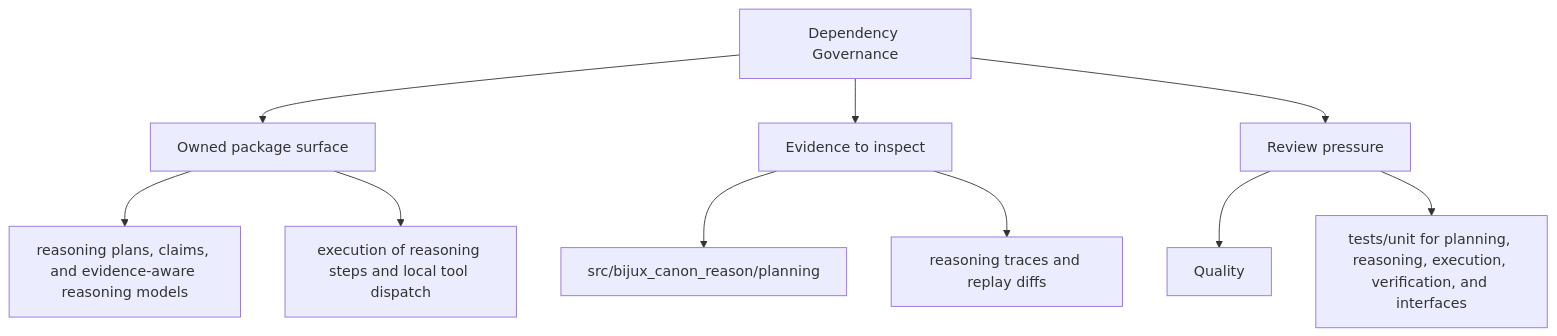
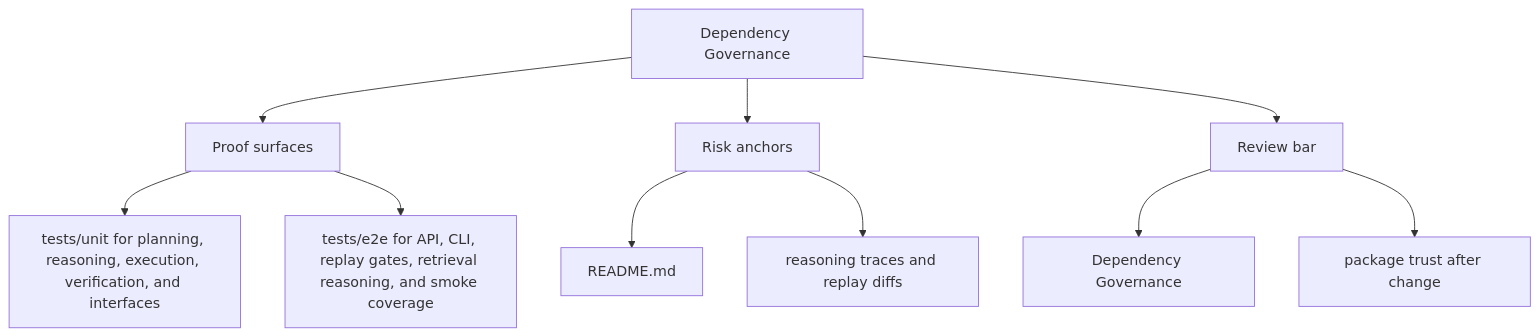
One commit to bijux/bijux-canon changed the second of 2 diagrams in docs/bijux-canon-reason/quality/dependency-governance.md. Above: the diagram before and after it, drawn with Mermaid. The commit also changed other lines of this file and 250 other files, not shown here.

Commit message:
docs(diagrams): make product page maps more readable

````diff
--- a/docs/bijux-canon-reason/quality/dependency-governance.md
+++ b/docs/bijux-canon-reason/quality/dependency-governance.md
@@ -35,22 +35,22 @@
 ```mermaid
 flowchart TD
     page["Dependency Governance"]
-    focus1["Owned package surface"]
+    focus1["Proof surfaces"]
     page --> focus1
-    focus1_1["reasoning plans, claims, and evidence-aware reasoning models"]
+    focus1_1["tests/unit for planning, reasoning, execution, verification, and interfaces"]
     focus1 --> focus1_1
-    focus1_2["execution of reasoning steps and local tool dispatch"]
+    focus1_2["tests/e2e for API, CLI, replay gates, retrieval reasoning, and smoke coverage"]
     focus1 --> focus1_2
-    focus2["Evidence to inspect"]
+    focus2["Risk anchors"]
     page --> focus2
-    focus2_1["src/bijux_canon_reason/planning"]
+    focus2_1["README.md"]
     focus2 --> focus2_1
     focus2_2["reasoning traces and replay diffs"]
     focus2 --> focus2_2
-    focus3["Review pressure"]
+    focus3["Review bar"]
     page --> focus3
-    focus3_1["Quality"]
+    focus3_1["Dependency Governance"]
     focus3 --> focus3_1
-    focus3_2["tests/unit for planning, reasoning, execution, verification, and interfaces"]
+    focus3_2["package trust after change"]
     focus3 --> focus3_2
 ```
````
